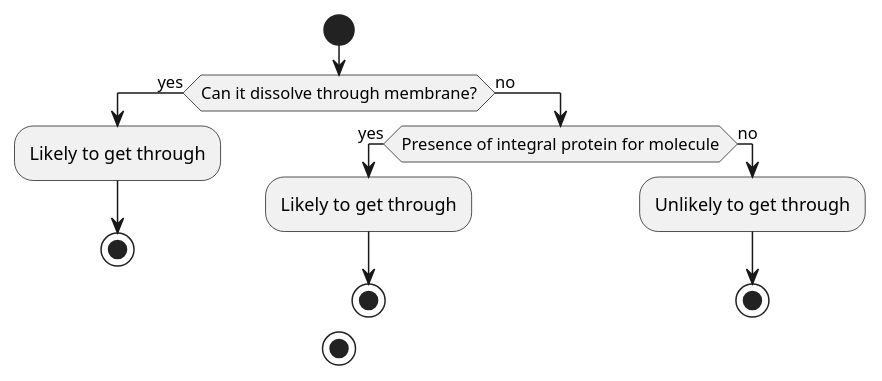
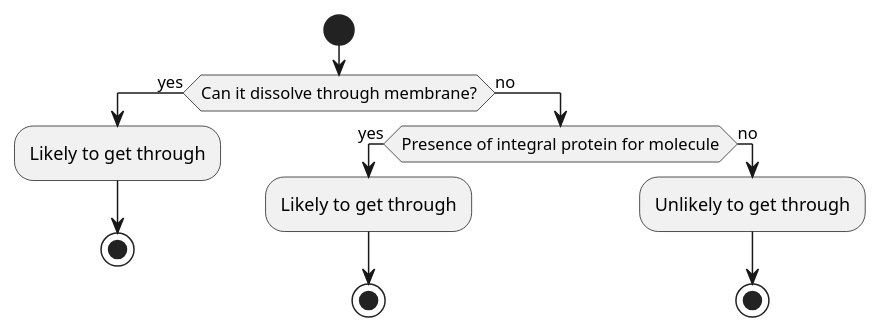
One commit to ashwinreddy/wiki changed the diagram in Biology/Cell-Biology/Cell-Membrane.md. Above: the diagram before and after it, drawn with PlantUML.

Commit message:
Updated Cell%20Membrane (markdown)

```diff
--- a/Biology/Cell-Biology/Cell-Membrane.md
+++ b/Biology/Cell-Biology/Cell-Membrane.md
@@ -40,16 +40,15 @@
 @startuml
 start
 if (Can it dissolve through membrane?) then (yes)
   :Likely to get through;
   stop
 else (no)
   if (Presence of integral protein for molecule) then (yes)
     :Likely to get through;
     stop
   else (no)
     :Unlikely to get through;
     stop
   endif
 endif
-stop
 @enduml
```
